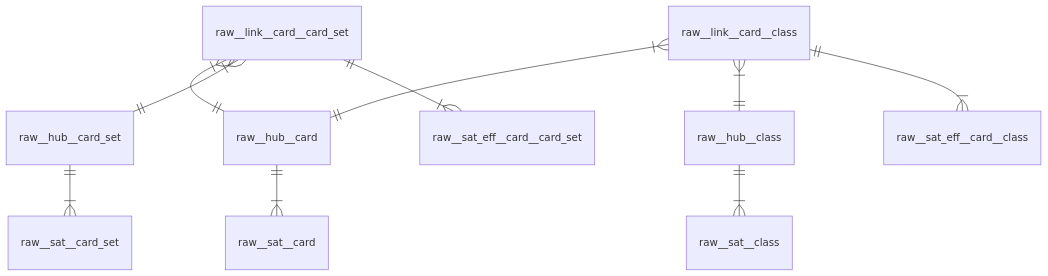
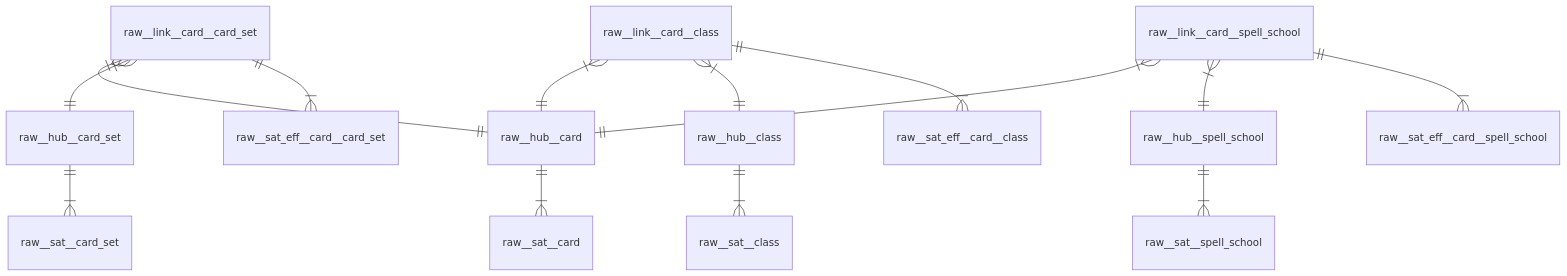
Before and after one commit to mattiasthalen/arcane-insight: the second of 3 diagrams in README.md, drawn with Mermaid.

Commit message:
Update ERD

````diff
--- a/README.md
+++ b/README.md
@@ -46,14 +46,19 @@
 ```mermaid
 erDiagram
     raw__hub__card ||--|{ raw__sat__card: ""
     raw__hub__card_set ||--|{ raw__sat__card_set: ""
     raw__hub__class ||--|{ raw__sat__class: ""
+    raw__hub__spell_school ||--|{ raw__sat__spell_school: ""
     
     raw__link__card__card_set }|--|| raw__hub__card: ""
     raw__link__card__card_set }|--|| raw__hub__card_set: ""
     raw__link__card__card_set ||--|{ raw__sat_eff__card__card_set: ""
     
     raw__link__card__class }|--|| raw__hub__card: ""
     raw__link__card__class }|--|| raw__hub__class: ""
     raw__link__card__class ||--|{ raw__sat_eff__card__class: ""
+    
+    raw__link__card__spell_school }|--|| raw__hub__card: ""
+    raw__link__card__spell_school }|--|| raw__hub__spell_school: ""
+    raw__link__card__spell_school ||--|{ raw__sat_eff__card__spell_school: ""
 ```
````
